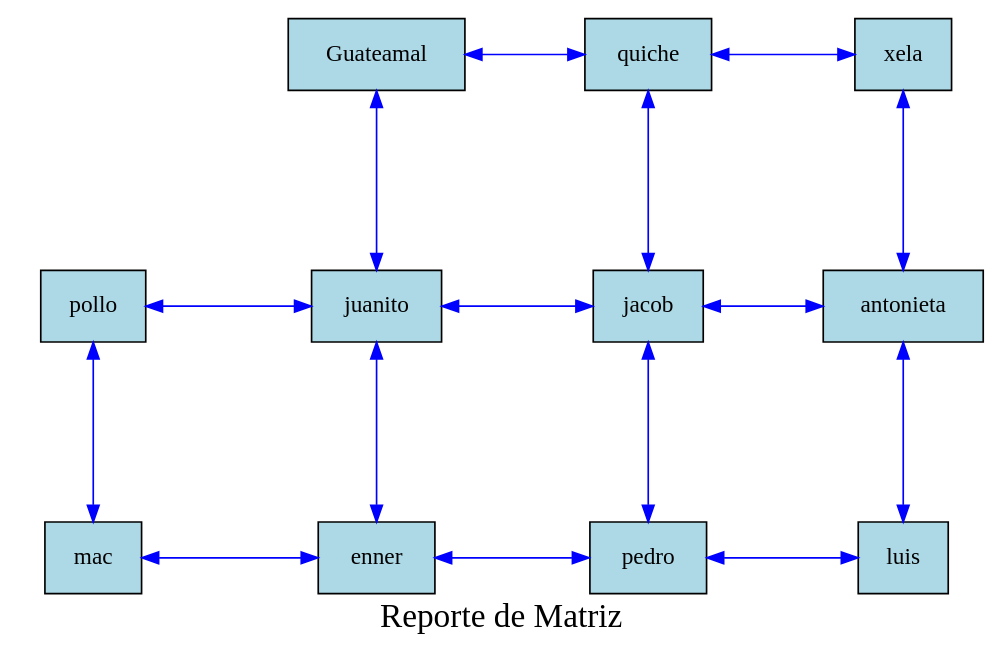
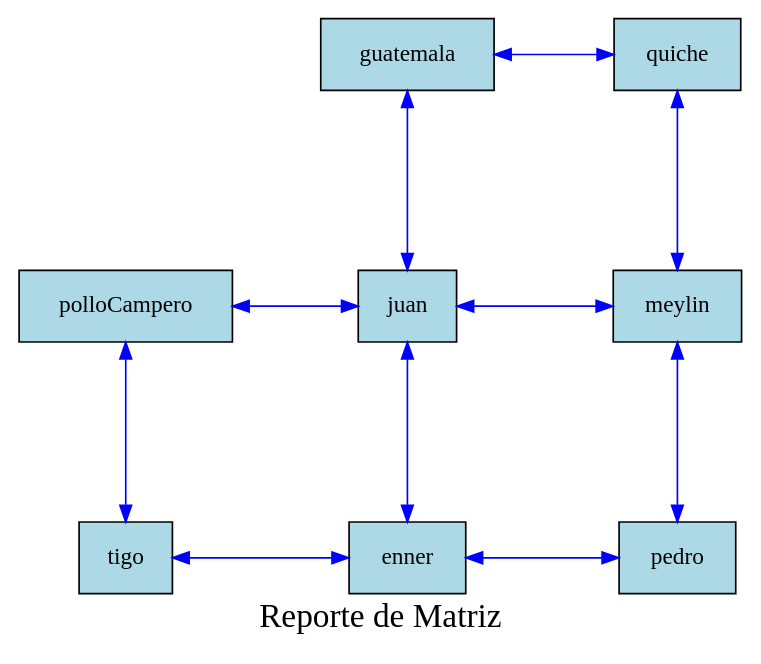
One commit to Ennero/EDD_Proyecto1_Vacas2_202302220 changed the diagram in Proyecto1/cmake-build-debug/reporteMatriz.dot. Above: the diagram before and after it, drawn with Graphviz. The commit also changed 25 other files, not shown here.

```diff
--- a/Proyecto1/cmake-build-debug/reporteMatriz.dot
+++ b/Proyecto1/cmake-build-debug/reporteMatriz.dot
@@ -1,35 +1,27 @@
 digraph G {
  rankdir=TB;
  node [shape=box, style=filled, fillcolor=lightblue, margin=0.2];
 edge [style=solid, color=blue];
  graph [ranksep=1.5, nodesep=1];
 graph [label="Reporte de Matriz", fontsize=20, fontcolor=black];
     invisible_[label="invisible"style=invis];
-    invisible_-> nodo_3008170844272 [style=invis];
-    nodo_3008170844272 [label="pollo"style=filled, fillcolor=lightblue];
-    nodo_3008170844272 -> nodo_3008170845328 [dir=both];
-    nodo_3008170844272 -> nodo_3008170826608 [dir=both,constraint=false];
-    nodo_3008170845328 [label="mac"style=filled, fillcolor=lightblue];
-    nodo_3008170845328 -> nodo_3008170846736 [dir=both,constraint=false];
-    nodo_3008170843920 [label="Guateamal"style=filled, fillcolor=lightblue];
-    nodo_3008170843920 -> nodo_3008170826608 [dir=both];
-    nodo_3008170843920 -> nodo_3008170844976 [dir=both,constraint=false];
-    nodo_3008170826608 [label="juanito"style=filled, fillcolor=lightblue];
-    nodo_3008170826608 -> nodo_3008170846736 [dir=both];
-    nodo_3008170826608 -> nodo_3008170846384 [dir=both,constraint=false];
-    nodo_3008170846736 [label="enner"style=filled, fillcolor=lightblue];
-    nodo_3008170846736 -> nodo_3008170844624 [dir=both,constraint=false];
-    nodo_3008170844976 [label="quiche"style=filled, fillcolor=lightblue];
-    nodo_3008170844976 -> nodo_3008170846384 [dir=both];
-    nodo_3008170844976 -> nodo_3008170846032 [dir=both,constraint=false];
-    nodo_3008170846384 [label="jacob"style=filled, fillcolor=lightblue];
-    nodo_3008170846384 -> nodo_3008170844624 [dir=both];
-    nodo_3008170846384 -> nodo_3008170847088 [dir=both,constraint=false];
-    nodo_3008170844624 [label="pedro"style=filled, fillcolor=lightblue];
-    nodo_3008170844624 -> nodo_3008170845680 [dir=both,constraint=false];
-    nodo_3008170846032 [label="xela"style=filled, fillcolor=lightblue];
-    nodo_3008170846032 -> nodo_3008170847088 [dir=both];
-    nodo_3008170847088 [label="antonieta"style=filled, fillcolor=lightblue];
-    nodo_3008170847088 -> nodo_3008170845680 [dir=both];
-    nodo_3008170845680 [label="luis"style=filled, fillcolor=lightblue];
+    invisible_-> nodo_2111925018736 [style=invis];
+    nodo_2111925018736 [label="polloCampero"style=filled, fillcolor=lightblue];
+    nodo_2111925018736 -> nodo_2111925019792 [dir=both];
+    nodo_2111925018736 -> nodo_2111925001072 [dir=both,constraint=false];
+    nodo_2111925019792 [label="tigo"style=filled, fillcolor=lightblue];
+    nodo_2111925019792 -> nodo_2111925020144 [dir=both,constraint=false];
+    nodo_2111925018384 [label="guatemala"style=filled, fillcolor=lightblue];
+    nodo_2111925018384 -> nodo_2111925001072 [dir=both];
+    nodo_2111925018384 -> nodo_2111925019440 [dir=both,constraint=false];
+    nodo_2111925001072 [label="juan"style=filled, fillcolor=lightblue];
+    nodo_2111925001072 -> nodo_2111925020144 [dir=both];
+    nodo_2111925001072 -> nodo_2111925020496 [dir=both,constraint=false];
+    nodo_2111925020144 [label="enner"style=filled, fillcolor=lightblue];
+    nodo_2111925020144 -> nodo_2111925019088 [dir=both,constraint=false];
+    nodo_2111925019440 [label="quiche"style=filled, fillcolor=lightblue];
+    nodo_2111925019440 -> nodo_2111925020496 [dir=both];
+    nodo_2111925020496 [label="meylin"style=filled, fillcolor=lightblue];
+    nodo_2111925020496 -> nodo_2111925019088 [dir=both];
+    nodo_2111925019088 [label="pedro"style=filled, fillcolor=lightblue];
 }
```
